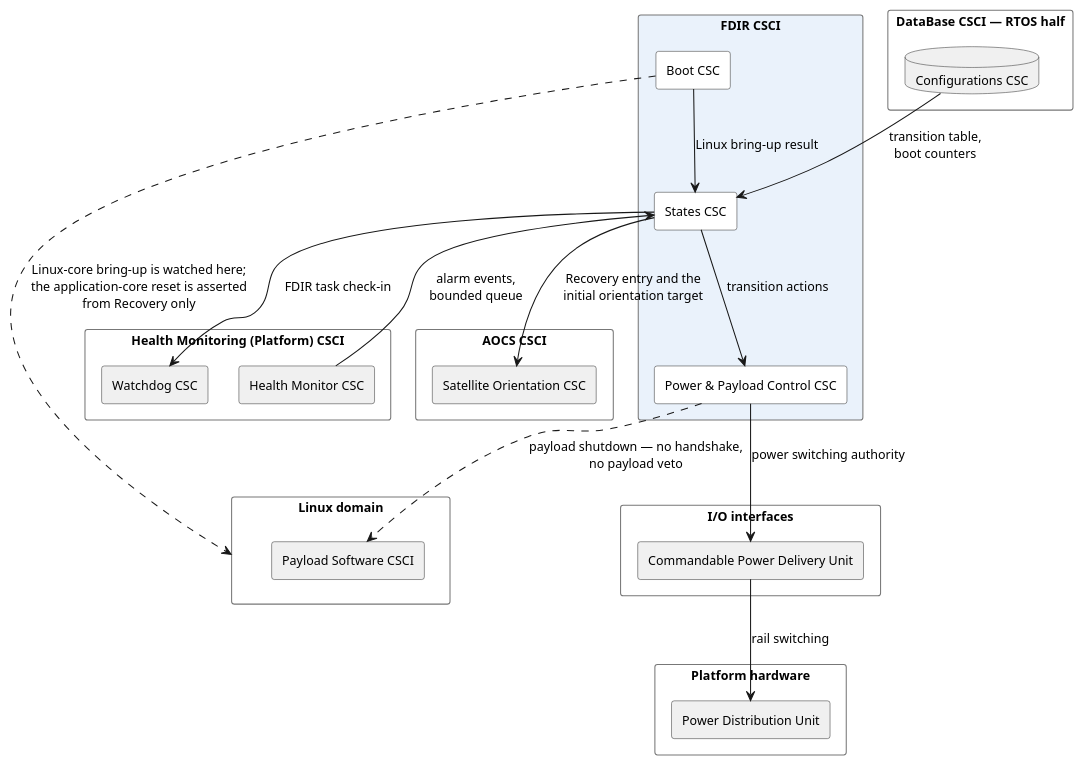
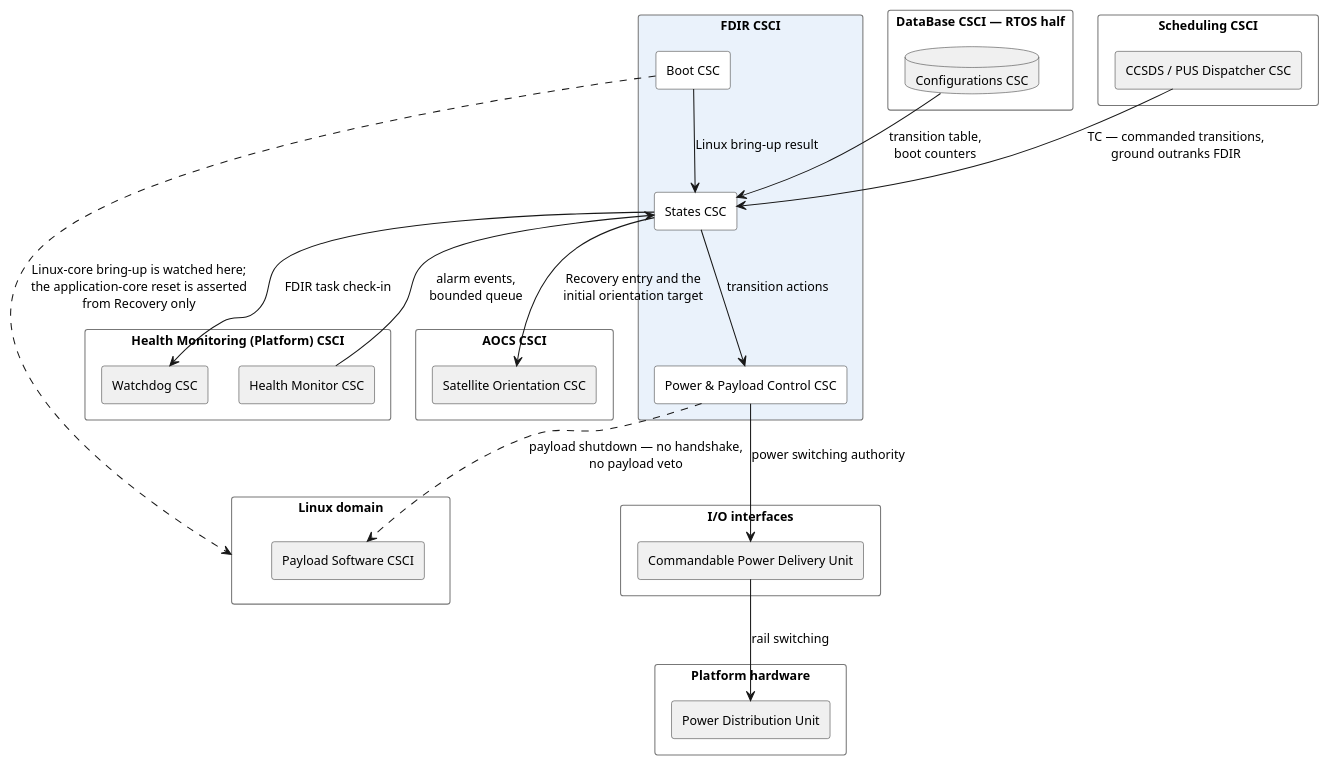
Before and after one commit to seapit/urban-memory: the diagram in docs/puml/obc-csci-fdir.puml, drawn with PlantUML. The commit also changed 7 other files, not shown here.

Commit message:
fix diagrams

```diff
--- a/docs/puml/obc-csci-fdir.puml
+++ b/docs/puml/obc-csci-fdir.puml
@@ -1,69 +1,73 @@
 @startuml
 ' FDIR CSCI — the CSCI in full, with every relation that crosses its boundary.
 ' Everything drawn in grey is context: it is shown only far enough to say what
 ' this CSCI talks to. The whole picture is in obc-csci-full.puml.
 ' GENERATED from obc-csci-full.puml — edit that file, then re-run split.py.
 
 skinparam componentStyle rectangle
 skinparam packageStyle rectangle
 skinparam shadowing false
 skinparam nodesep 30
 skinparam ranksep 58
 skinparam defaultFontSize 12
 skinparam wrapWidth 240
 skinparam package {
   BackgroundColor #FFFFFF
   BorderColor #777777
 }
 skinparam component {
   BackgroundColor #FFFFFF
   BorderColor #333333
 }
 skinparam database {
   BackgroundColor #FFFFFF
   BorderColor #333333
 }
 
 ' ---------------------------------------------- the CSCI under view
 package "FDIR CSCI" as FDIR #EAF2FB {
   component "Boot CSC" as BOOT
   component "States CSC" as STATES
   component "Power & Payload Control CSC" as PPC
 }
 
 ' ---------------------------------------------- context only
 package "DataBase CSCI — RTOS half" as DBRT {
   database "Configurations CSC" as CFG #F0F0F0
 }
+package "Scheduling CSCI" as SCHED {
+  component "CCSDS / PUS Dispatcher CSC" as CCSDS #F0F0F0
+}
 package "Health Monitoring (Platform) CSCI" as HM {
   component "Health Monitor CSC" as HMON #F0F0F0
   component "Watchdog CSC" as WD #F0F0F0
 }
 package "I/O interfaces" as IFACE {
   component "Commandable Power Delivery Unit" as PDUIF #F0F0F0
 }
 package "AOCS CSCI" as AOCS {
   component "Satellite Orientation CSC" as SATORIENT #F0F0F0
 }
 package "Linux domain" as LINDOM {
   component "Payload Software CSCI" as PAY #F0F0F0
 }
 package "Platform hardware" as PHW {
   component "Power Distribution Unit" as PDUHW #F0F0F0
 }
 
 ' ---------------------------------------------- inside the CSCI
 BOOT --> STATES : Linux bring-up result
 STATES --> PPC : transition actions
 
 ' ---------------------------------------------- across its boundary
 CFG --> STATES : transition table,\nboot counters
+CCSDS --> STATES : TC — commanded transitions,\nground outranks FDIR
 HMON --> STATES : alarm events,\nbounded queue
 STATES --> WD : FDIR task check-in
 PPC --> PDUIF : power switching authority
 STATES --> SATORIENT : Recovery entry and the\ninitial orientation target
 PPC ..> PAY : payload shutdown — no handshake,\nno payload veto
 BOOT ..> LINDOM : Linux-core bring-up is watched here;\nthe application-core reset is asserted\nfrom Recovery only
 PDUIF --> PDUHW : rail switching
 
 @enduml
```
